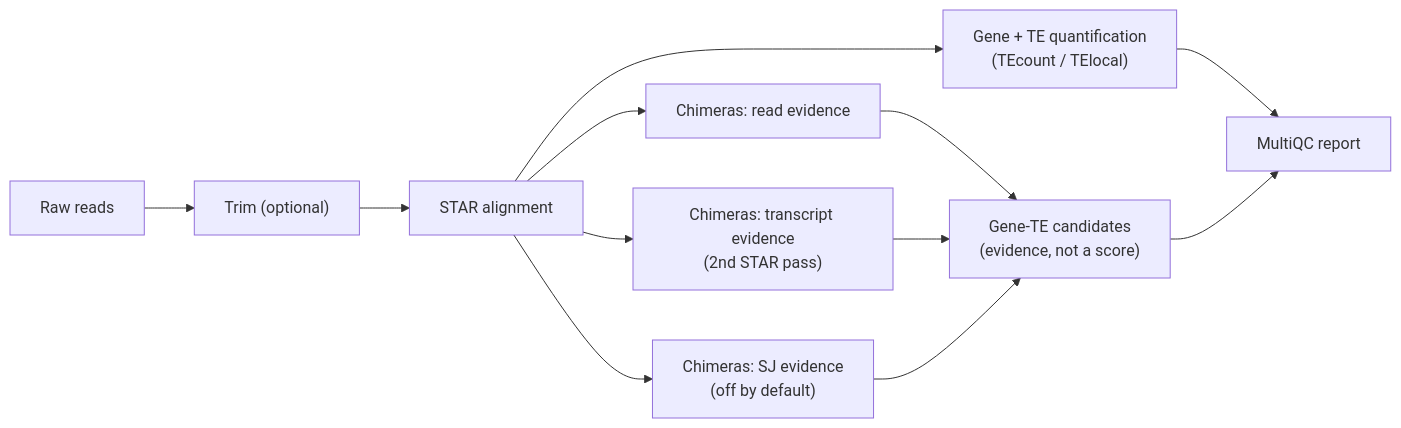
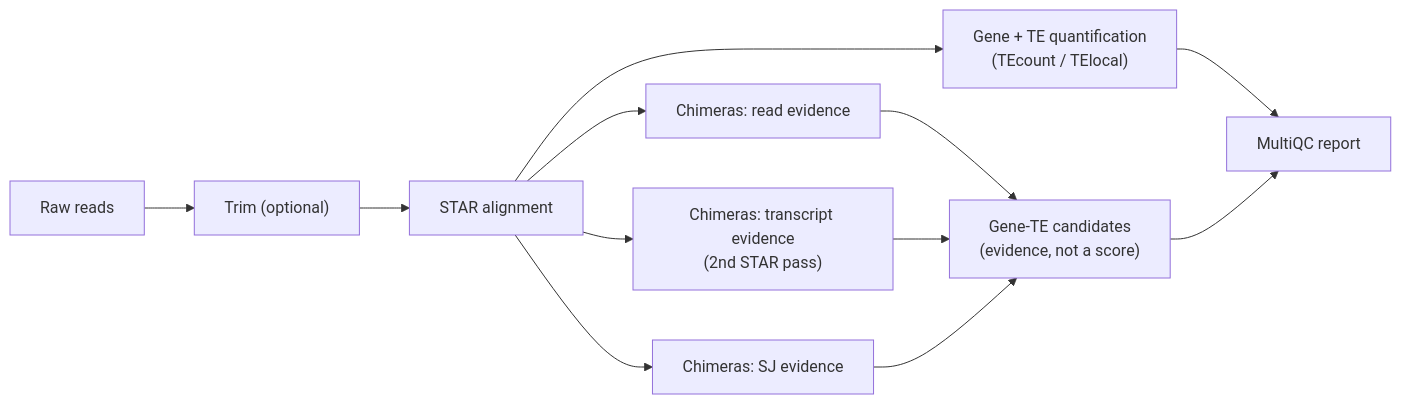
Before and after one commit to altintasali/TEtranscripts-pipe: the diagram in README.md, drawn with Mermaid. The commit also changed other lines of this file and 8 other files, not shown here.

````diff
--- a/README.md
+++ b/README.md
@@ -12,14 +12,14 @@
 ```mermaid
 flowchart LR
     reads["Raw reads"] --> trim["Trim (optional)"]
     trim --> align["STAR alignment"]
     align --> quant["Gene + TE quantification<br/>(TEcount / TElocal)"]
     align --> rdev["Chimeras: read evidence"]
     align --> asm["Chimeras: transcript evidence<br/>(2nd STAR pass)"]
-    align --> sjdev["Chimeras: SJ evidence<br/>(off by default)"]
+    align --> sjdev["Chimeras: SJ evidence"]
     rdev --> cand["Gene-TE candidates<br/>(evidence, not a score)"]
     asm --> cand
     sjdev --> cand
     quant --> report["MultiQC report"]
     cand --> report
 ```
````
